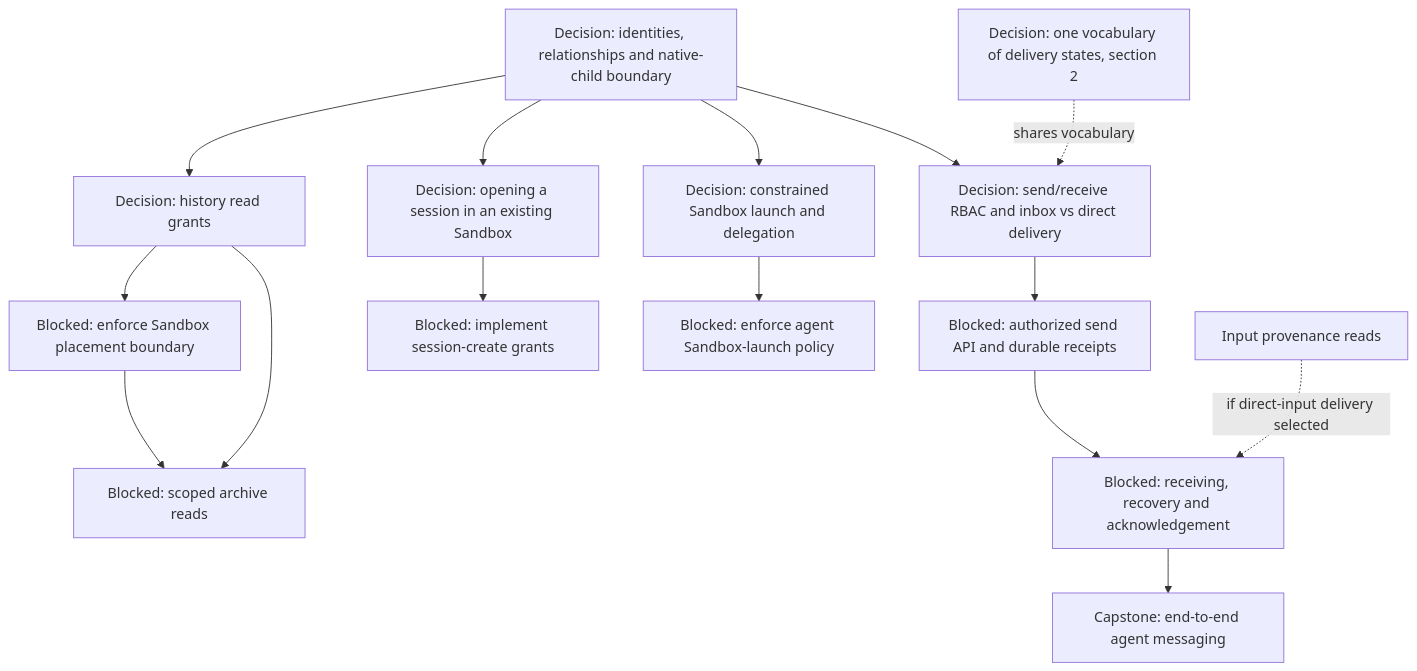
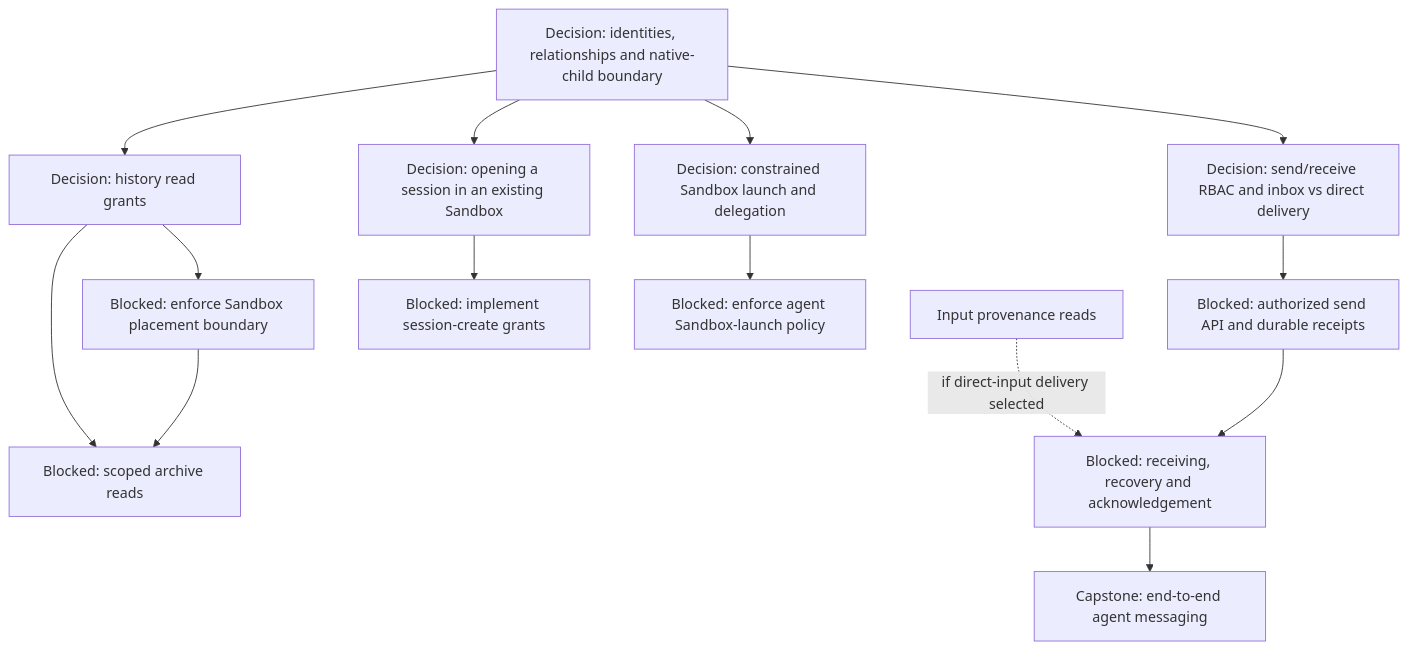
The fifth of 15 diagrams in agentplane/plans/task_dag.md (agentydragon/ducktape), drawn with Mermaid before and after one commit. The commit also changed other lines of this file and 15 other files, not shown here.

````diff
--- a/agentplane/plans/task_dag.md
+++ b/agentplane/plans/task_dag.md
@@ -204,29 +207,28 @@
 ```mermaid
 flowchart TD
     MULTIAGENT_MODEL[Decision: identities, relationships and native-child boundary]
     THREAD_READ_POLICY_DESIGN[Decision: history read grants]
     SANDBOX_COMPARTMENT_BOUNDARY[Blocked: enforce Sandbox placement boundary]
     THREAD_READ_POLICY[Blocked: scoped archive reads]
     AGENT_MESSAGING_DESIGN[Decision: send/receive RBAC and inbox vs direct delivery]
     AGENT_MESSAGE_INGRESS[Blocked: authorized send API and durable receipts]
     AGENT_MESSAGE_RECEPTION[Blocked: receiving, recovery and acknowledgement]
     AGENT_MESSAGING[Capstone: end-to-end agent messaging]
     THREAD_CREATE_POLICY[Decision: opening a session in an existing Sandbox]
     THREAD_CREATE_AUTHORIZATION[Blocked: implement session-create grants]
     AGENT_LAUNCH_POLICY_DESIGN[Decision: constrained Sandbox launch and delegation]
     AGENT_SANDBOX_LAUNCH[Blocked: enforce agent Sandbox-launch policy]
-    COMMAND_DELIVERY_STATES[Decision: one vocabulary of delivery states, section 2] -. shares vocabulary .-> AGENT_MESSAGING_DESIGN
     MULTIAGENT_MODEL --> THREAD_READ_POLICY_DESIGN
     MULTIAGENT_MODEL --> AGENT_MESSAGING_DESIGN
     MULTIAGENT_MODEL --> THREAD_CREATE_POLICY
     MULTIAGENT_MODEL --> AGENT_LAUNCH_POLICY_DESIGN
     THREAD_READ_POLICY_DESIGN --> SANDBOX_COMPARTMENT_BOUNDARY
     THREAD_READ_POLICY_DESIGN --> THREAD_READ_POLICY
     SANDBOX_COMPARTMENT_BOUNDARY --> THREAD_READ_POLICY
     AGENT_MESSAGING_DESIGN --> AGENT_MESSAGE_INGRESS
     SESSION_INPUT_METADATA_READ[Input provenance reads] -. if direct-input delivery selected .-> AGENT_MESSAGE_RECEPTION
     AGENT_MESSAGE_INGRESS --> AGENT_MESSAGE_RECEPTION
     AGENT_MESSAGE_RECEPTION --> AGENT_MESSAGING
     THREAD_CREATE_POLICY --> THREAD_CREATE_AUTHORIZATION
     AGENT_LAUNCH_POLICY_DESIGN --> AGENT_SANDBOX_LAUNCH
 ```
````
